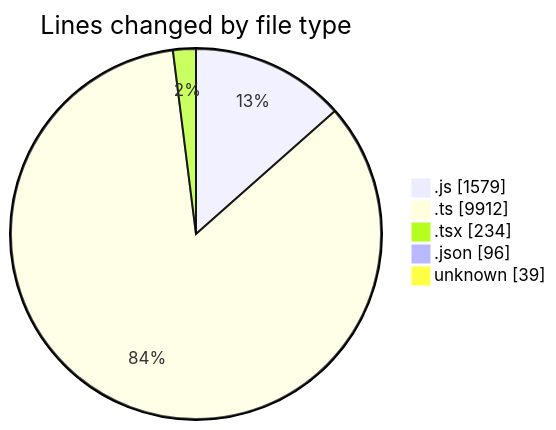
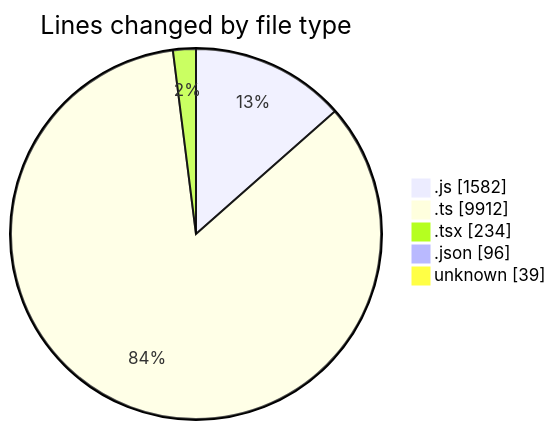
The first of 2 diagrams in 2025-05-14/cda/README.md (momahboobian/code-tracking), drawn with Mermaid before and after one commit. The commit also changed other lines of this file and 1 other file, not shown here.

````diff
--- a/2025-05-14/cda/README.md
+++ b/2025-05-14/cda/README.md
@@ -30,9 +30,9 @@
 ```mermaid
 pie showData
 title Lines changed by file type
-".js" : 1579
+".js" : 1582
 ".ts" : 9912
 ".tsx" : 234
 ".json" : 96
 "unknown" : 39
 ```
````
